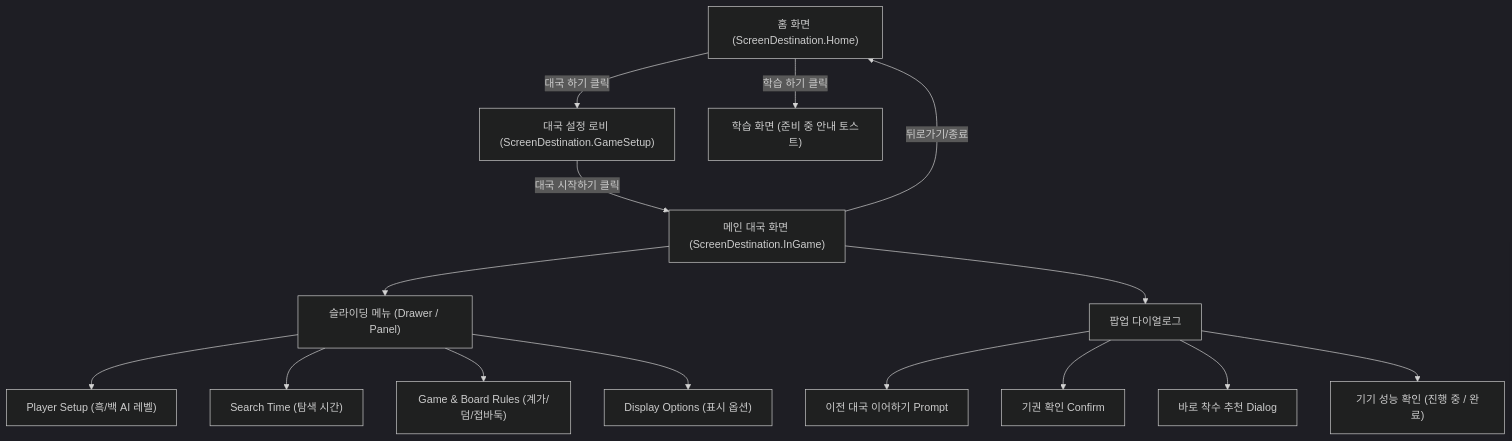
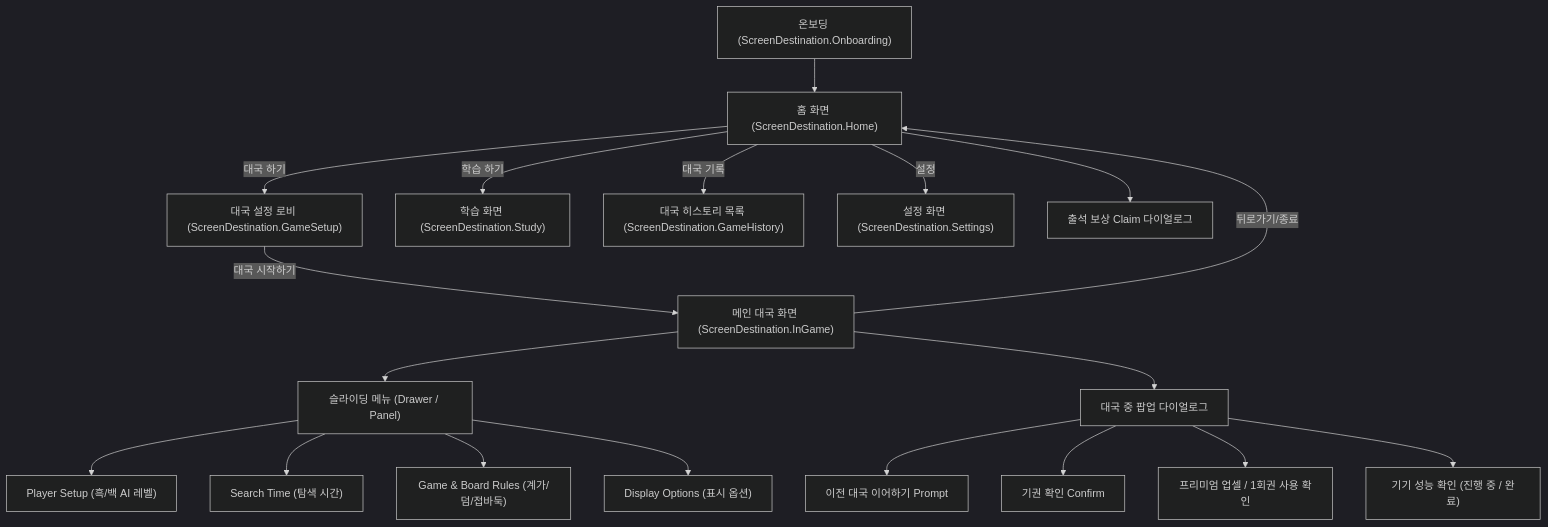
Before and after one commit to flitsky/go-ai-coach-app: the diagram in docs/APP_IA_AND_UI_SPEC.md, drawn with Mermaid (dark theme). The commit also changed other lines of this file and 12 other files, not shown here.

````diff
--- a/docs/APP_IA_AND_UI_SPEC.md
+++ b/docs/APP_IA_AND_UI_SPEC.md
@@ -11,19 +15,23 @@
 ```mermaid
 graph TD
-    A["홈 화면 (ScreenDestination.Home)"] -->|"대국 하기 클릭"| B["대국 설정 로비 (ScreenDestination.GameSetup)"]
-    A -->|"학습 하기 클릭"| F["학습 화면 (준비 중 안내 토스트)"]
-    B -->|"대국 시작하기 클릭"| C["메인 대국 화면 (ScreenDestination.InGame)"]
+    O["온보딩 (ScreenDestination.Onboarding)"] --> A
+    A["홈 화면 (ScreenDestination.Home)"] -->|"대국 하기"| B["대국 설정 로비 (ScreenDestination.GameSetup)"]
+    A -->|"학습 하기"| F["학습 화면 (ScreenDestination.Study)"]
+    A -->|"대국 기록"| G["대국 히스토리 목록 (ScreenDestination.GameHistory)"]
+    A -->|"설정"| S["설정 화면 (ScreenDestination.Settings)"]
+    B -->|"대국 시작하기"| C["메인 대국 화면 (ScreenDestination.InGame)"]
     C -->|"뒤로가기/종료"| A
-    
+
     C --> D["슬라이딩 메뉴 (Drawer / Panel)"]
     D --> D1["Player Setup (흑/백 AI 레벨)"]
     D --> D2["Search Time (탐색 시간)"]
     D --> D3["Game & Board Rules (계가/덤/접바둑)"]
     D --> D4["Display Options (표시 옵션)"]
 
-    C --> E["팝업 다이얼로그"]
+    A --> P["출석 보상 Claim 다이얼로그"]
+    C --> E["대국 중 팝업 다이얼로그"]
     E --> E1["이전 대국 이어하기 Prompt"]
     E --> E2["기권 확인 Confirm"]
-    E --> E3["바로 착수 추천 Dialog"]
+    E --> E3["프리미엄 업셀 / 1회권 사용 확인"]
     E --> E4["기기 성능 확인 (진행 중 / 완료)"]
 ```
````
